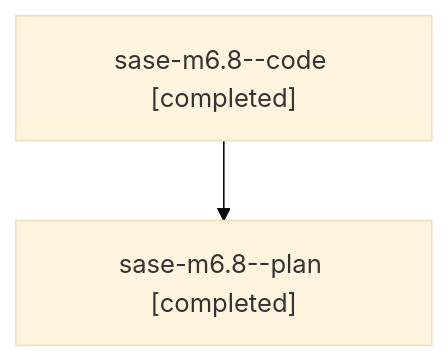
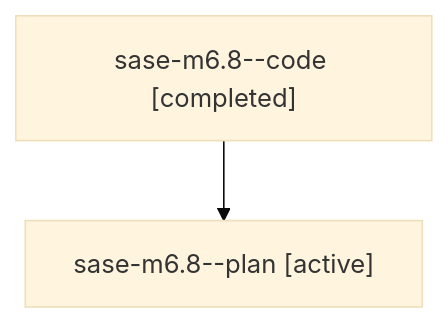
One commit to sase-org/sase--agents changed the diagram in families/bbugyi200.athena.sase-m6.8.md. Above: the diagram before and after it, drawn with Mermaid (base theme). The commit also changed other lines of this file and 35830 other files, not shown here.

````diff
--- a/families/bbugyi200.athena.sase-m6.8.md
+++ b/families/bbugyi200.athena.sase-m6.8.md
@@ -9,6 +9,6 @@
 ```mermaid
 flowchart TD
   n0["sase-m6.8--code [completed]"]
-  n1["sase-m6.8--plan [completed]"]
+  n1["sase-m6.8--plan [active]"]
   n0 --> n1
 ```
````
